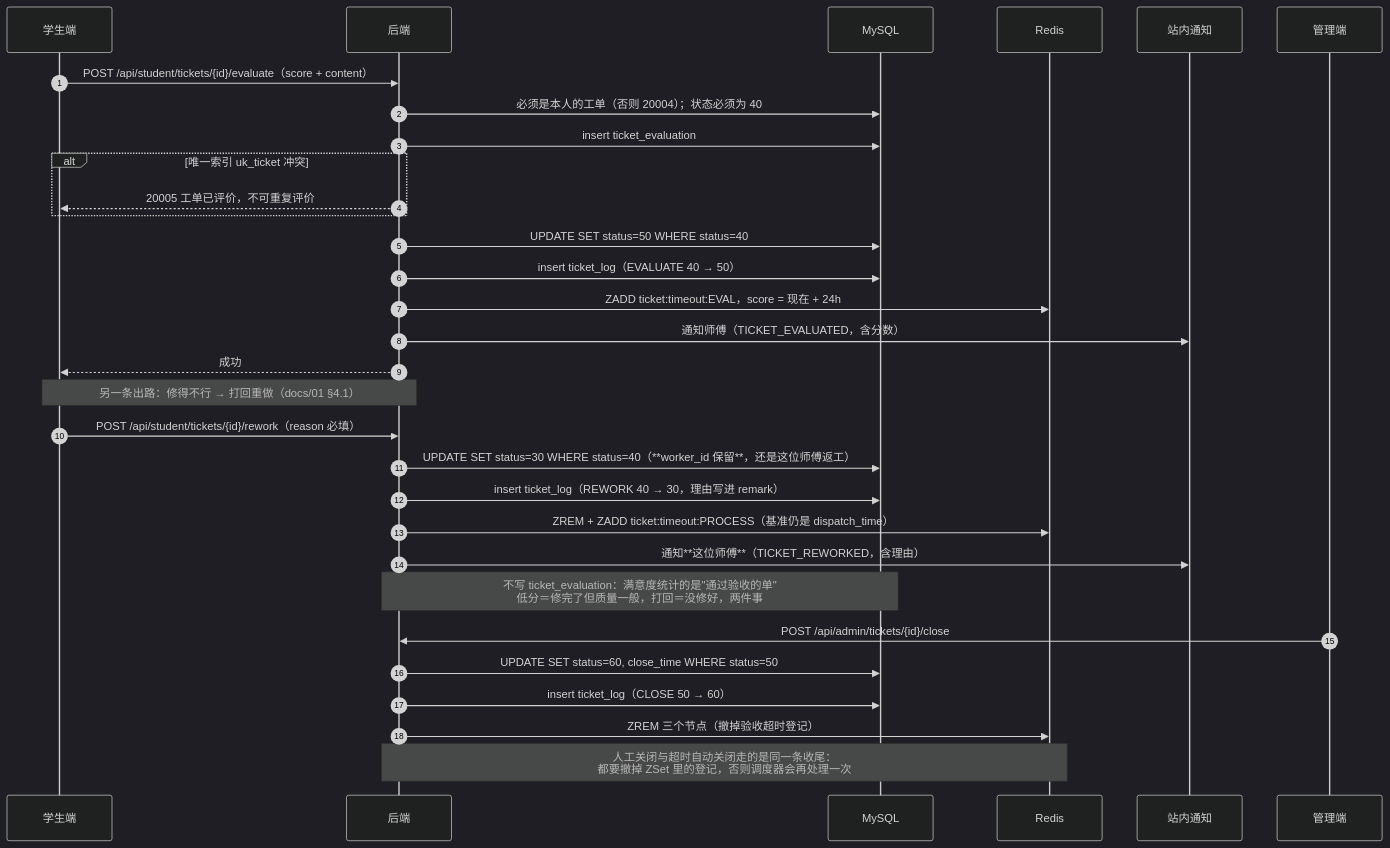
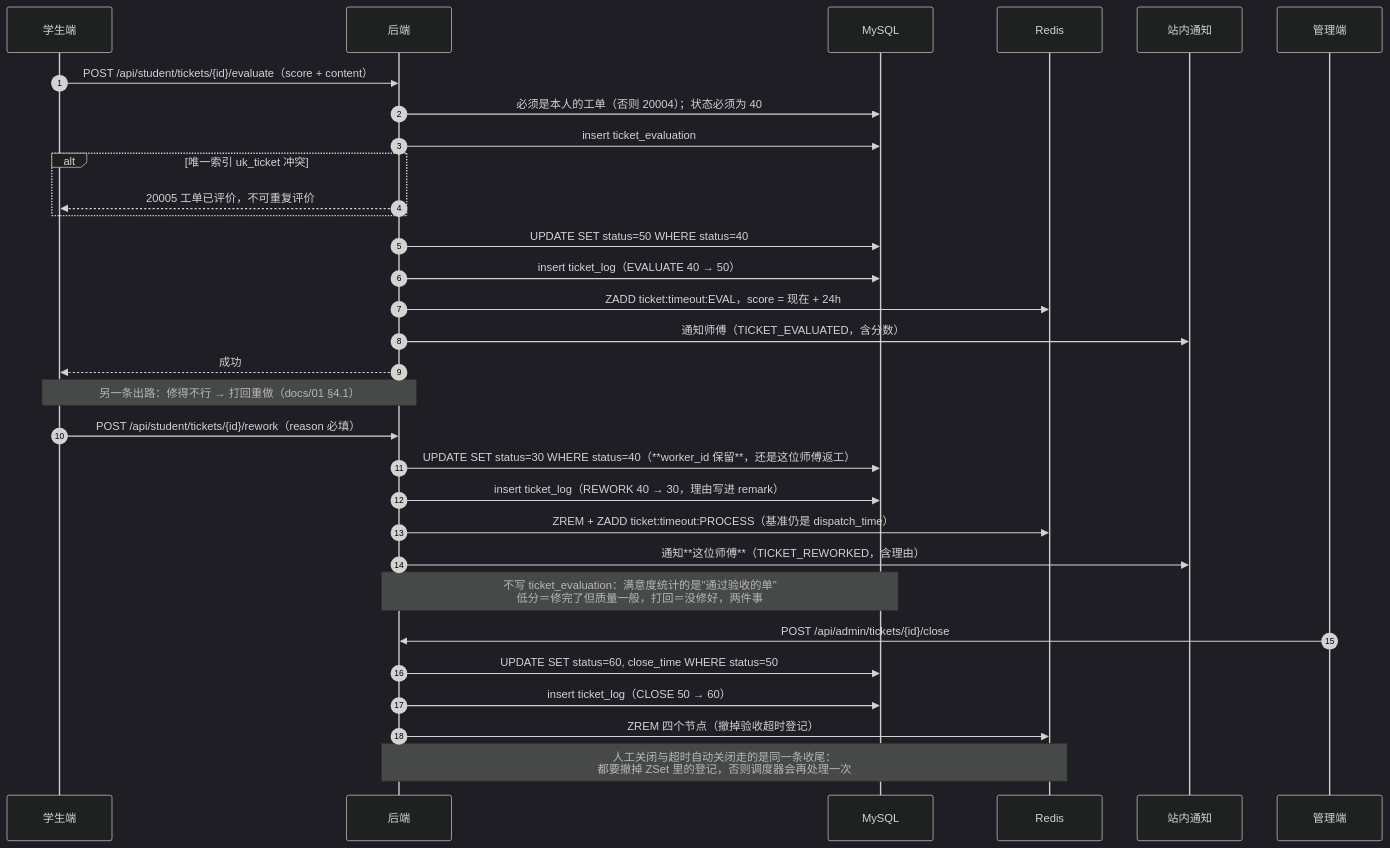
One commit to bluemalic/repair-platform changed the ninth of 14 diagrams in docs/06-架构图.md. Above: the diagram before and after it, drawn with Mermaid (dark theme). The commit also changed other lines of this file and 24 other files, not shown here.

````diff
--- a/docs/06-架构图.md
+++ b/docs/06-架构图.md
@@ -460,36 +460,36 @@
 ```mermaid
 sequenceDiagram
     autonumber
     participant S as 学生端
     participant API as 后端
     participant DB as MySQL
     participant R as Redis
     participant N as 站内通知
     participant AD as 管理端
 
     S->>API: POST /api/student/tickets/{id}/evaluate（score + content）
     API->>DB: 必须是本人的工单（否则 20004）；状态必须为 40
     API->>DB: insert ticket_evaluation
     alt 唯一索引 uk_ticket 冲突
         API-->>S: 20005 工单已评价，不可重复评价
     end
     API->>DB: UPDATE SET status=50 WHERE status=40
     API->>DB: insert ticket_log（EVALUATE 40 → 50）
     API->>R: ZADD ticket:timeout:EVAL，score = 现在 + 24h
     API->>N: 通知师傅（TICKET_EVALUATED，含分数）
     API-->>S: 成功
 
     Note over S,API: 另一条出路：修得不行 → 打回重做（docs/01 §4.1）
     S->>API: POST /api/student/tickets/{id}/rework（reason 必填）
     API->>DB: UPDATE SET status=30 WHERE status=40（**worker_id 保留**，还是这位师傅返工）
     API->>DB: insert ticket_log（REWORK 40 → 30，理由写进 remark）
     API->>R: ZREM + ZADD ticket:timeout:PROCESS（基准仍是 dispatch_time）
     API->>N: 通知**这位师傅**（TICKET_REWORKED，含理由）
     Note over API,DB: 不写 ticket_evaluation：满意度统计的是"通过验收的单"<br/>低分＝修完了但质量一般，打回＝没修好，两件事
 
     AD->>API: POST /api/admin/tickets/{id}/close
     API->>DB: UPDATE SET status=60, close_time WHERE status=50
     API->>DB: insert ticket_log（CLOSE 50 → 60）
-    API->>R: ZREM 三个节点（撤掉验收超时登记）
+    API->>R: ZREM 四个节点（撤掉验收超时登记）
     Note over API,R: 人工关闭与超时自动关闭走的是同一条收尾：<br/>都要撤掉 ZSet 里的登记，否则调度器会再处理一次
 ```
````
